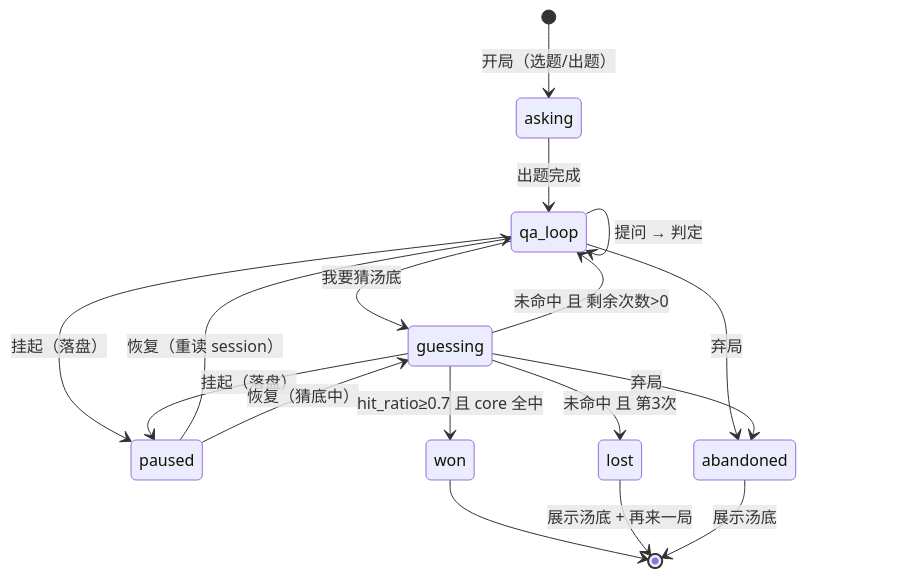
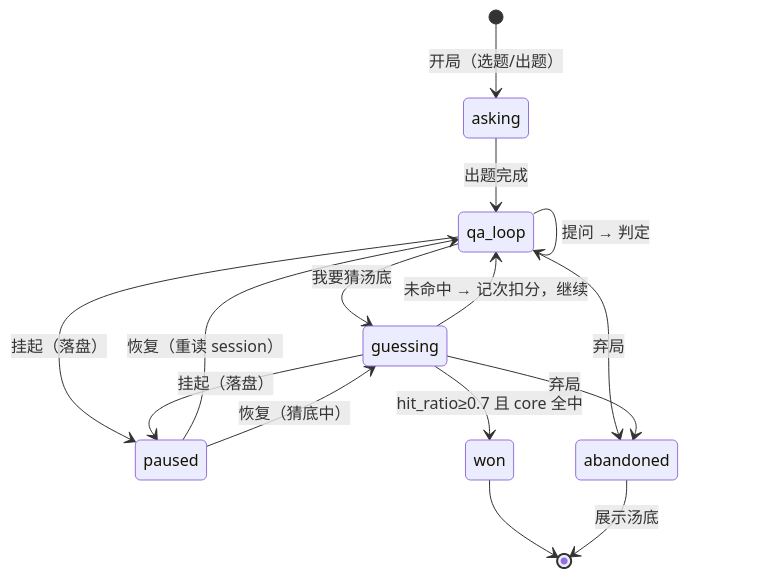
One commit to crystalyang1011/turtle-soup-cli changed the diagram in design-doc/03-数据结构与持久化.md. Above: the diagram before and after it, drawn with Mermaid. The commit also changed other lines of this file and 12 other files, not shown here.

````diff
--- a/design-doc/03-数据结构与持久化.md
+++ b/design-doc/03-数据结构与持久化.md
@@ -173,19 +184,17 @@
 ```mermaid
 stateDiagram-v2
     [*] --> asking: 开局（选题/出题）
     asking --> qa_loop: 出题完成
     qa_loop --> qa_loop: 提问 → 判定
     qa_loop --> guessing: 我要猜汤底
     qa_loop --> paused: 挂起（落盘）
     guessing --> paused: 挂起（落盘）
     paused --> qa_loop: 恢复（重读 session）
     paused --> guessing: 恢复（猜底中）
     qa_loop --> abandoned: 弃局
     guessing --> abandoned: 弃局
-    guessing --> qa_loop: 未命中 且 剩余次数>0
-    guessing --> lost: 未命中 且 第3次
+    guessing --> qa_loop: 未命中 → 记次扣分，继续
     guessing --> won: hit_ratio≥0.7 且 core 全中
     won --> [*]
-    lost --> [*]: 展示汤底 + 再来一局
     abandoned --> [*]: 展示汤底
 ```
````
